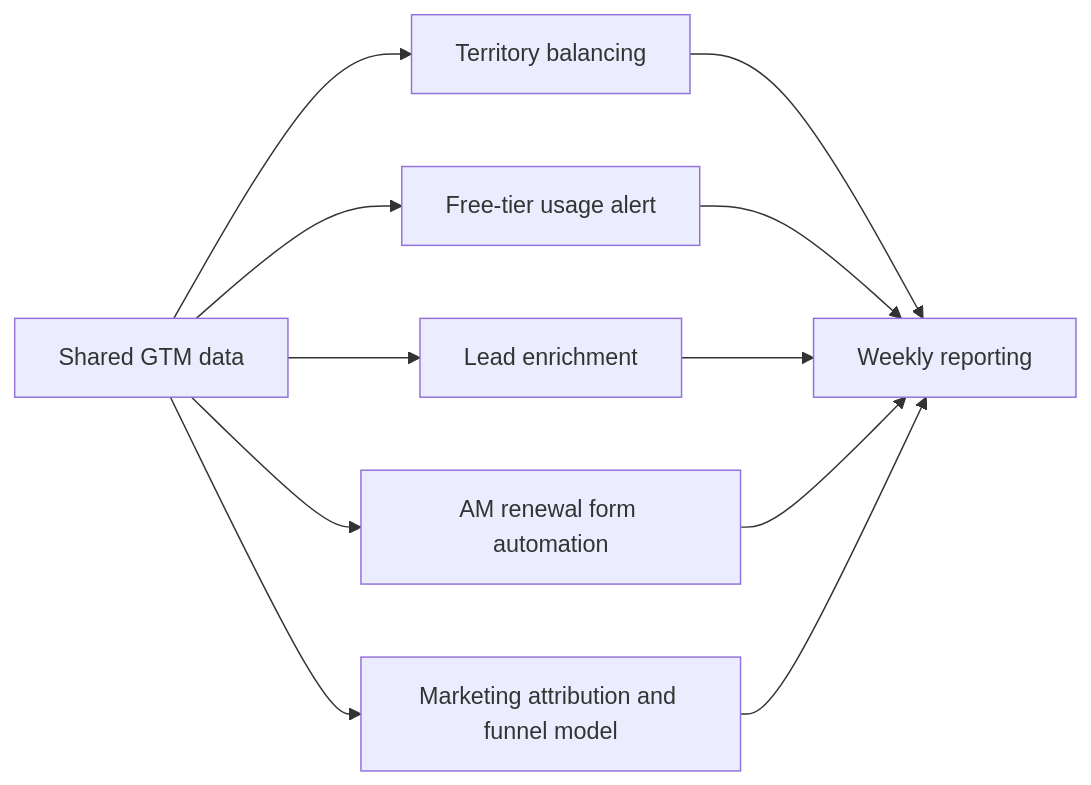
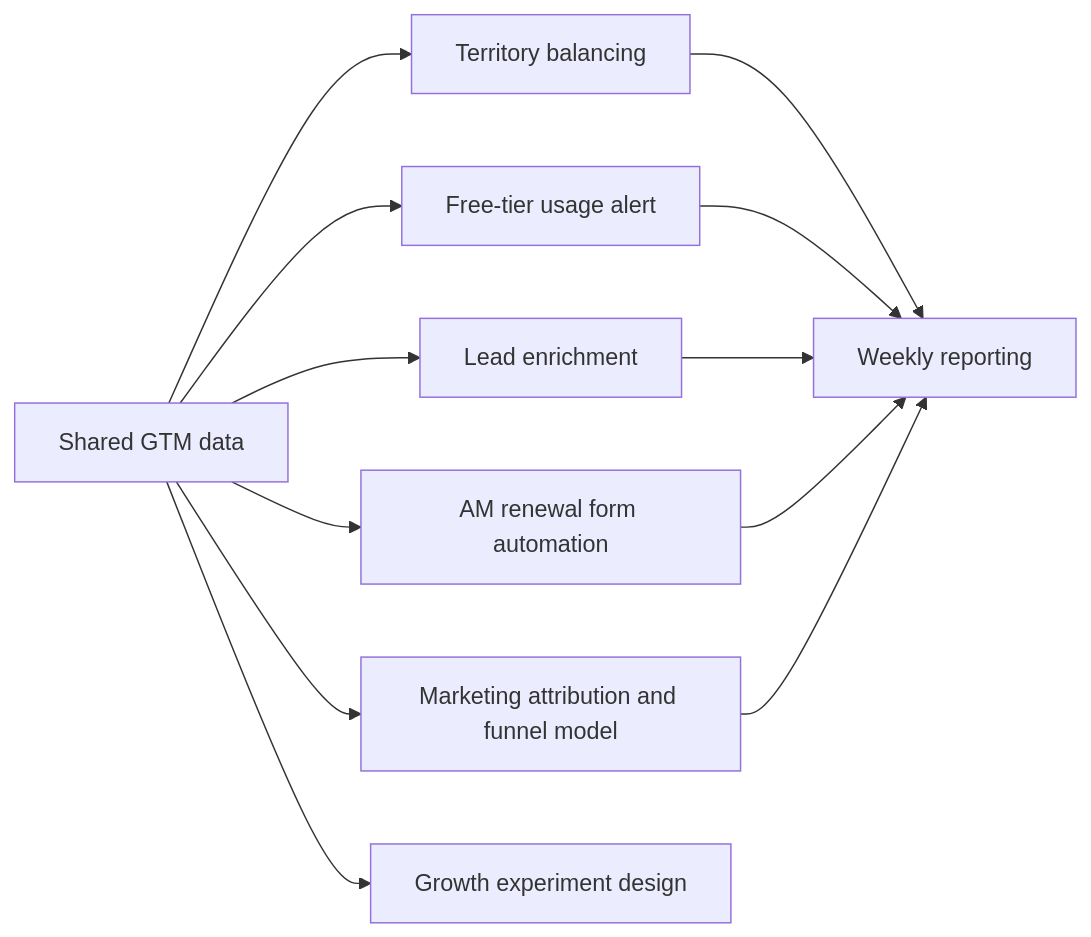
Before and after one commit to andrew-heo/gtm-engineering: the diagram in README.md, drawn with Mermaid. The commit also changed other lines of this file and 10 other files, not shown here.

Commit message:
Add Unit growth experiment project

````diff
--- a/README.md
+++ b/README.md
@@ -32,13 +33,14 @@
 ```mermaid
 flowchart LR
     A[Shared GTM data] --> B[Territory balancing]
     A --> C[Free-tier usage alert]
     A --> D[Lead enrichment]
     A --> E[AM renewal form automation]
     A --> F[Marketing attribution and funnel model]
+    A --> H[Growth experiment design]
     B --> G[Weekly reporting]
     C --> G
     D --> G
     E --> G
     F --> G
 ```
````
